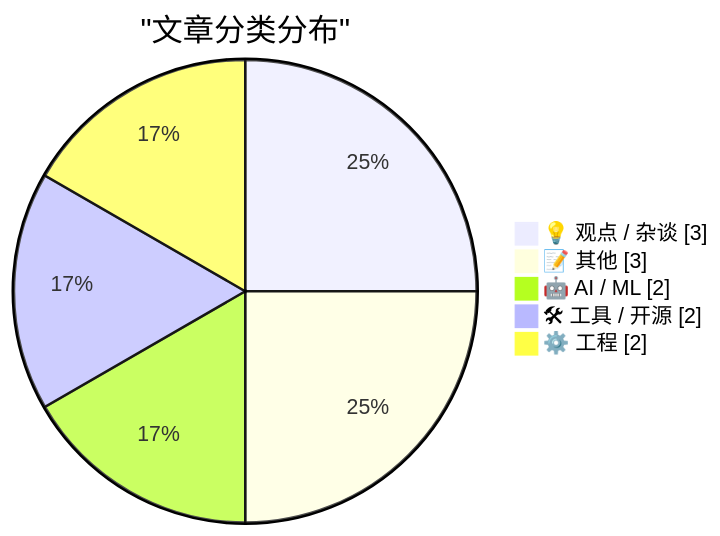
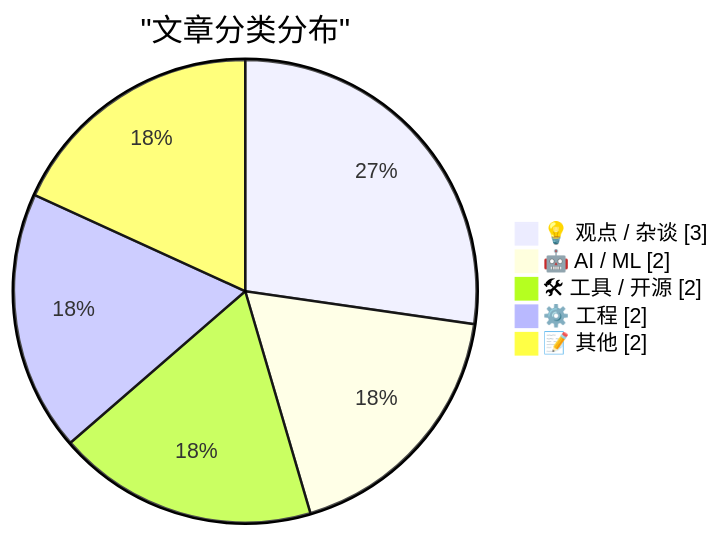
Before and after one commit to SamhooXee/aidigest: the first of 2 diagrams in content/digest_2026-06-09.md, drawn with Mermaid. The commit also changed other lines of this file, not shown here.

````diff
--- a/content/digest_2026-06-09.md
+++ b/content/digest_2026-06-09.md
@@ -47,9 +53,9 @@
 ```mermaid
 pie showData
     title "文章分类分布"
     "💡 观点 / 杂谈" : 3
-    "📝 其他" : 3
     "🤖 AI / ML" : 2
     "🛠 工具 / 开源" : 2
     "⚙️ 工程" : 2
+    "📝 其他" : 2
 ```
````
